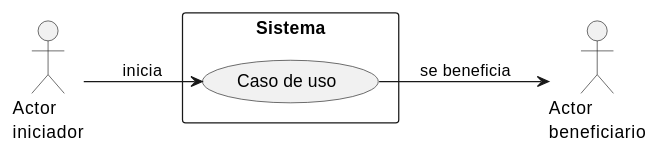
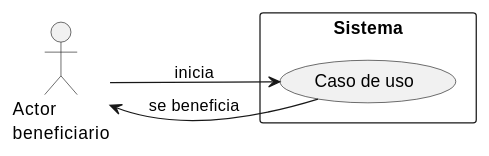
The second of 12 diagrams in source/requisitos/_metodologia-aplicacion/casos-uso-diagramas.rst (jcg-admin/IACT-docs), drawn with PlantUML before and after one commit. The commit also changed other lines of this file and 143 other files, not shown here.

```diff
--- a/source/requisitos/_metodologia-aplicacion/casos-uso-diagramas.rst
+++ b/source/requisitos/_metodologia-aplicacion/casos-uso-diagramas.rst
@@ -80,15 +80,15 @@
 .. uml::
 
    @startuml
 
    left to right direction
-   actor "Actor\niniciador" as A1
-   actor "Actor\nbeneficiario" as A2
+   actor "Actor\niniciador" as Actor
+   actor "Actor\nbeneficiario" as Actor
 
    rectangle "Sistema" {
-     usecase "Caso de uso" as UC
+     usecase "Caso de uso" as CasoDeUso
    }
 
-   A1 --> UC : inicia
-   UC --> A2 : se beneficia
+   Actor --> CasoDeUso : inicia
+   CasoDeUso --> Actor : se beneficia
    @enduml
```
